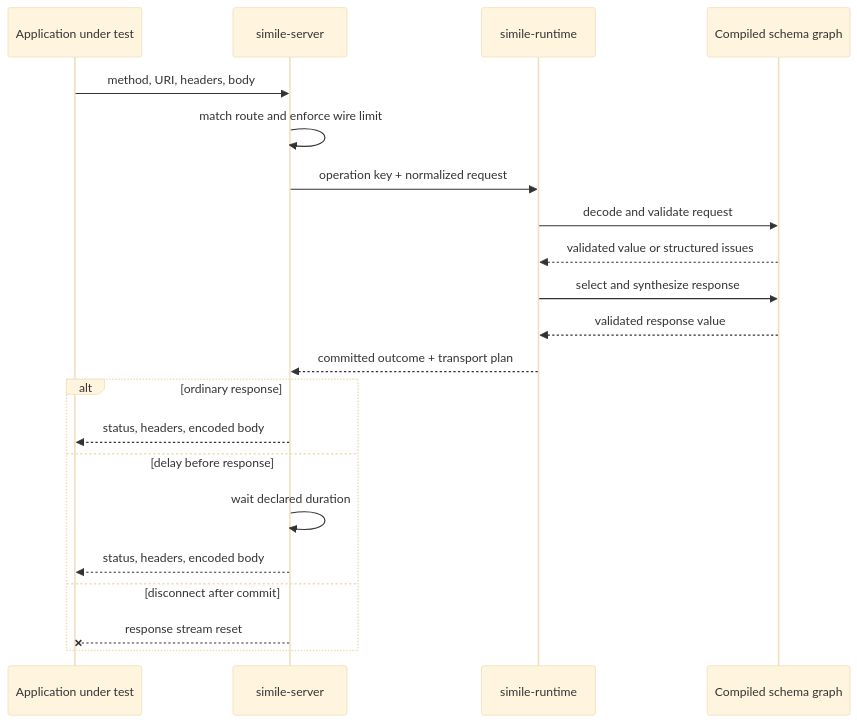
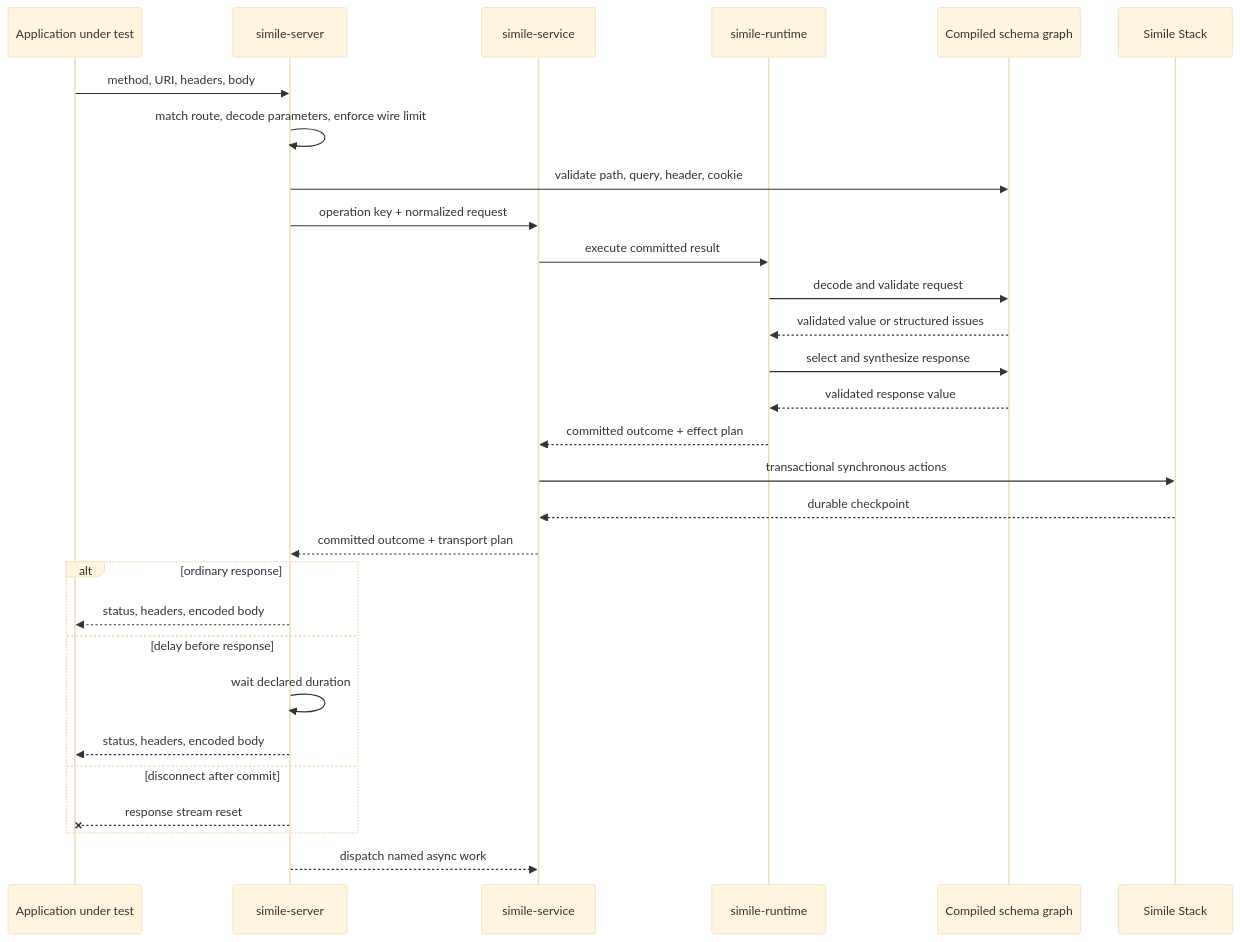
One commit to inttegro/simile changed the diagram in docs/http-server.md. Above: the diagram before and after it, drawn with Mermaid (base theme). The commit also changed other lines of this file and 26 other files, not shown here.

````diff
--- a/docs/http-server.md
+++ b/docs/http-server.md
@@ -10,24 +10,32 @@
 ```mermaid
 sequenceDiagram
   participant App as Application under test
   participant HTTP as simile-server
+  participant Service as simile-service
   participant Run as simile-runtime
   participant Graph as Compiled schema graph
+  participant Stack as Simile Stack
 
   App->>HTTP: method, URI, headers, body
-  HTTP->>HTTP: match route and enforce wire limit
-  HTTP->>Run: operation key + normalized request
+  HTTP->>HTTP: match route, decode parameters, enforce wire limit
+  HTTP->>Graph: validate path, query, header, cookie
+  HTTP->>Service: operation key + normalized request
+  Service->>Run: execute committed result
   Run->>Graph: decode and validate request
   Graph-->>Run: validated value or structured issues
   Run->>Graph: select and synthesize response
   Graph-->>Run: validated response value
-  Run-->>HTTP: committed outcome + transport plan
+  Run-->>Service: committed outcome + effect plan
+  Service->>Stack: transactional synchronous actions
+  Stack-->>Service: durable checkpoint
+  Service-->>HTTP: committed outcome + transport plan
   alt ordinary response
     HTTP-->>App: status, headers, encoded body
   else delay before response
     HTTP->>HTTP: wait declared duration
     HTTP-->>App: status, headers, encoded body
   else disconnect after commit
     HTTP--xApp: response stream reset
   end
+  HTTP-->>Service: dispatch named async work
 ```
````
